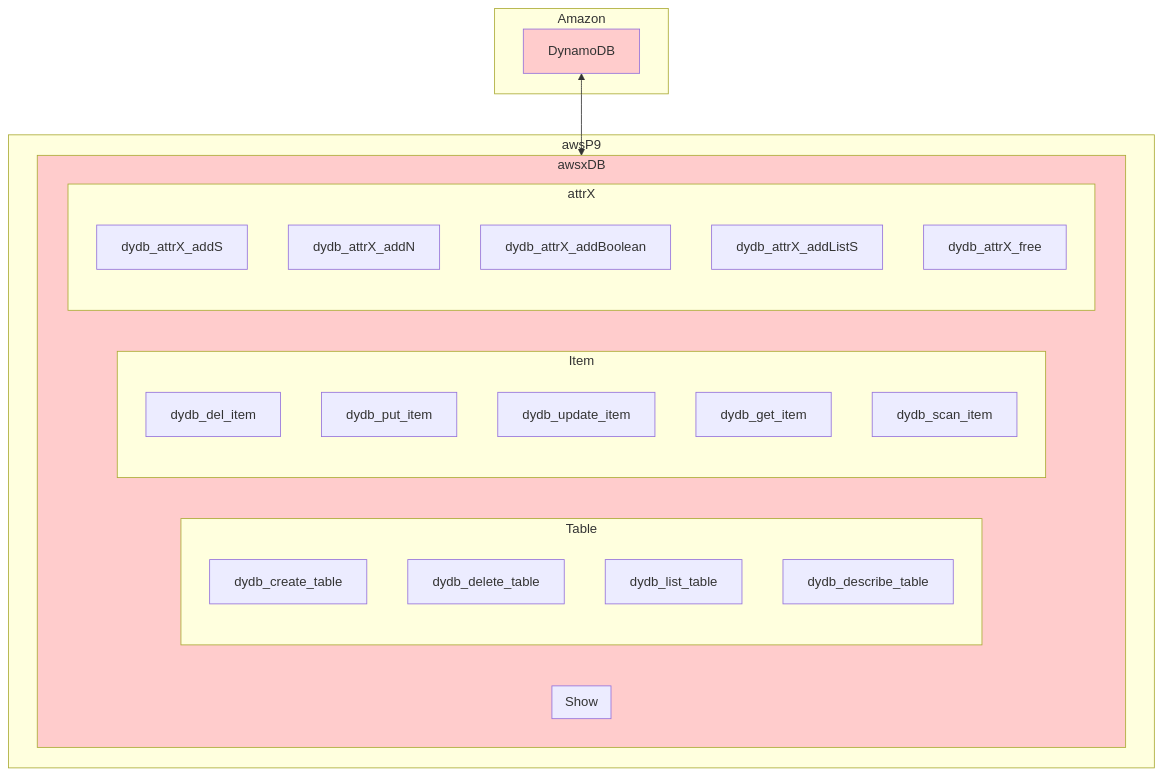
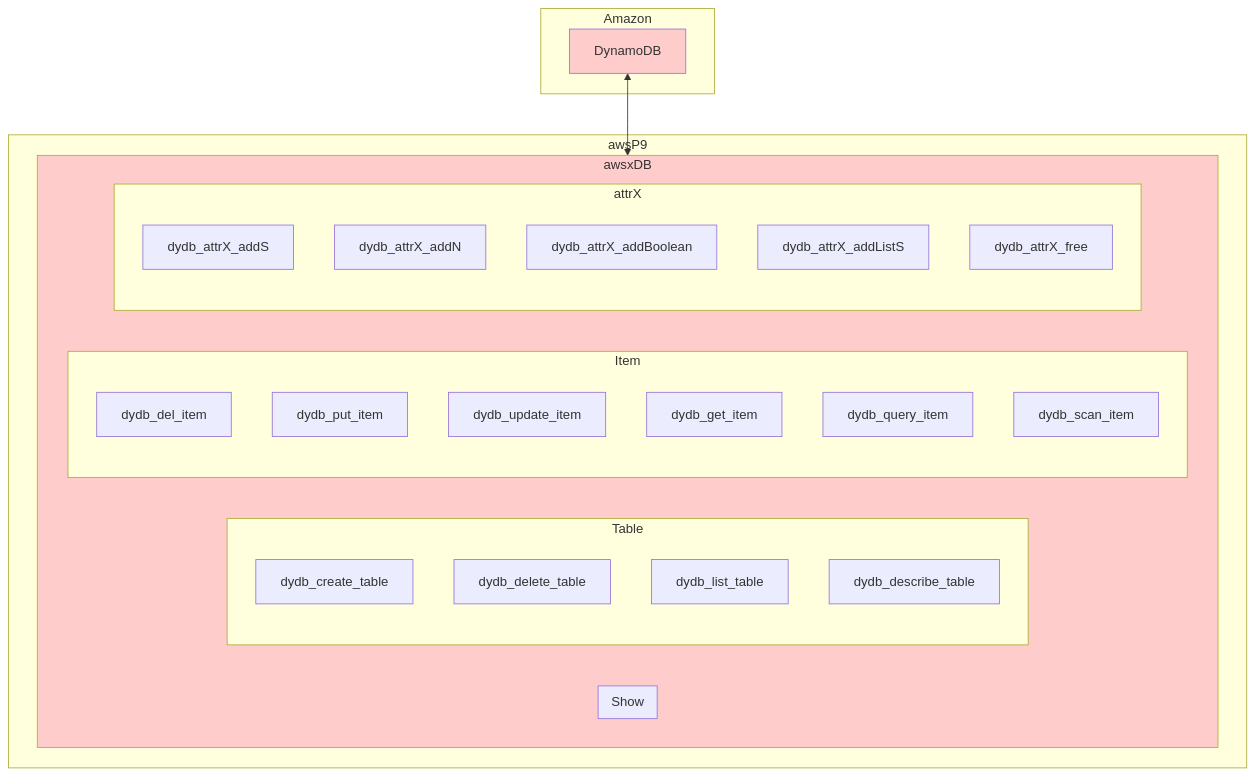
One commit to lankahsu520/awsP9 changed the first of 2 diagrams in README.md. Above: the diagram before and after it, drawn with Mermaid. The commit also changed 2 other files, not shown here.

Commit message:
for DynamoDB, add def dydb_query_item(self, TableName="", **kwargs)

````diff
--- a/README.md
+++ b/README.md
@@ -15,50 +15,50 @@
 ```mermaid
 flowchart TD
 	subgraph Amazon
 		DynamoDB
 	end
 
 	subgraph awsP9
 		subgraph awsxDB
 			subgraph Show
 				
 
 
 
 			end
 			subgraph Table
 				dydb_create_table
 				dydb_delete_table
 				dydb_list_table
 				dydb_describe_table
 			end
 
 			subgraph Item
 				dydb_del_item
 				dydb_put_item
 				dydb_update_item
 
 				dydb_get_item
-
+				dydb_query_item
 				dydb_scan_item
 			end
 			
 			subgraph attrX
 				dydb_attrX_addS
 				dydb_attrX_addN
 				dydb_attrX_addBoolean
 				dydb_attrX_addListS
 				dydb_attrX_free
 			end
 		end
 	end
 	DynamoDB <--> awsxDB
 
 	classDef yellow fill:#FFFFCC
 	classDef pink fill:#FFCCCC
 	classDef blue fill:#0000FF
 	classDef lightblue fill:#ADD8E6
 
 	class DynamoDB pink
 	class awsxDB pink
 ```
````
